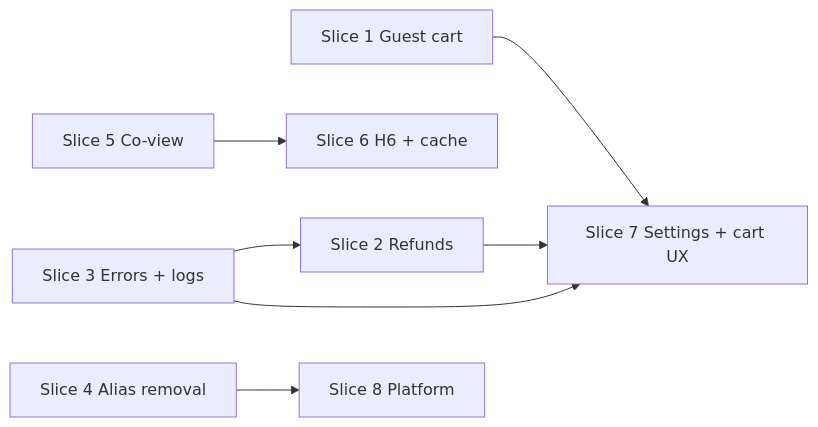
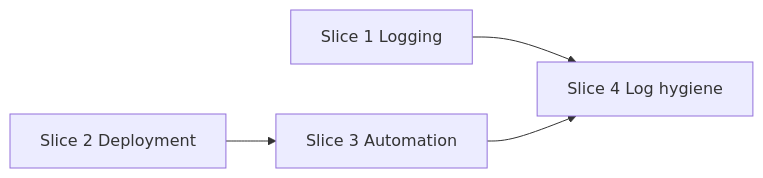
One commit to elug3/dupli1 changed the diagram in docs/v1.1-release-plan.md. Above: the diagram before and after it, drawn with Mermaid. The commit also changed other lines of this file and 3 other files, not shown here.

First line of the commit message:
docs: refocus v1.1 on logging, deployment, and automation

````diff
--- a/docs/v1.1-release-plan.md
+++ b/docs/v1.1-release-plan.md
@@ -235,18 +166,11 @@
 ```mermaid
 flowchart LR
-  S1[Slice 1 Guest cart]
-  S2[Slice 2 Refunds]
-  S3[Slice 3 Errors + logs]
-  S4[Slice 4 Alias removal]
-  S5[Slice 5 Co-view]
-  S6[Slice 6 H6 + cache]
-  S7[Slice 7 Settings + cart UX]
-  S8[Slice 8 Platform]
+  S1[Slice 1 Logging]
+  S2[Slice 2 Deployment]
+  S3[Slice 3 Automation]
+  S4[Slice 4 Log hygiene]
 
-  S1 --> S7
-  S2 --> S7
-  S3 --> S2
-  S3 --> S7
-  S4 --> S8
-  S5 --> S6
+  S1 --> S4
+  S2 --> S3
+  S3 --> S4
 ```
````
